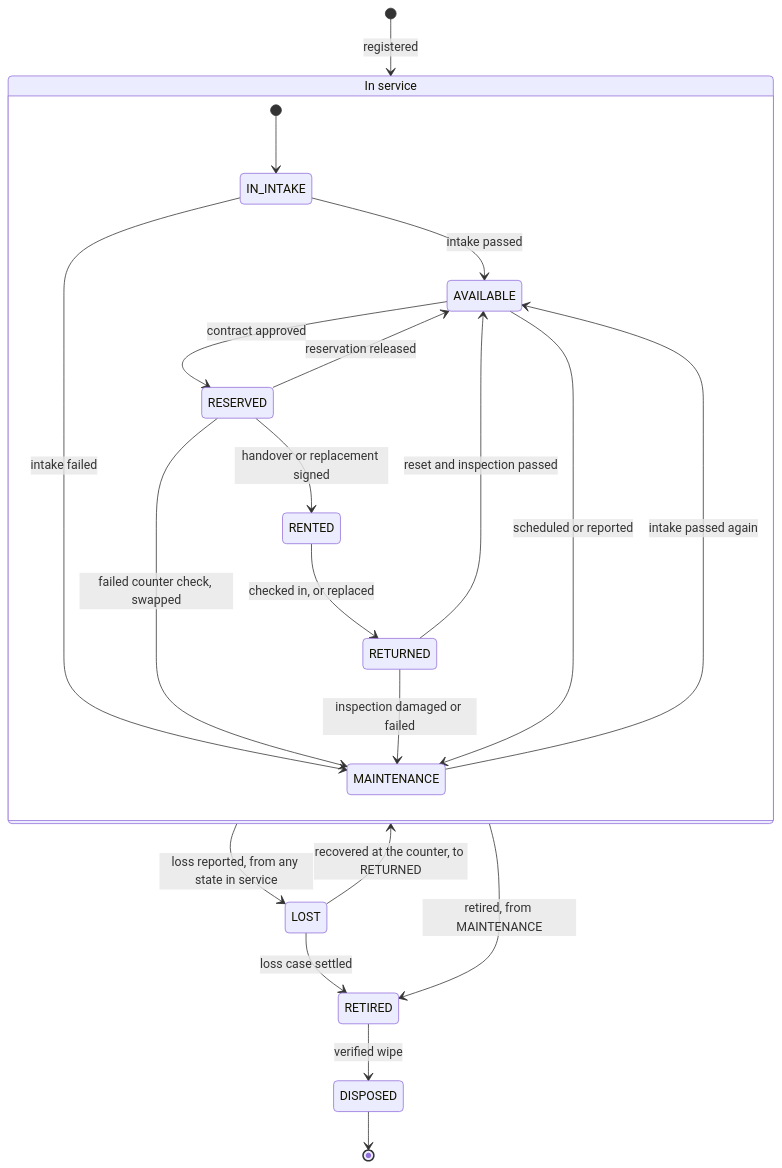
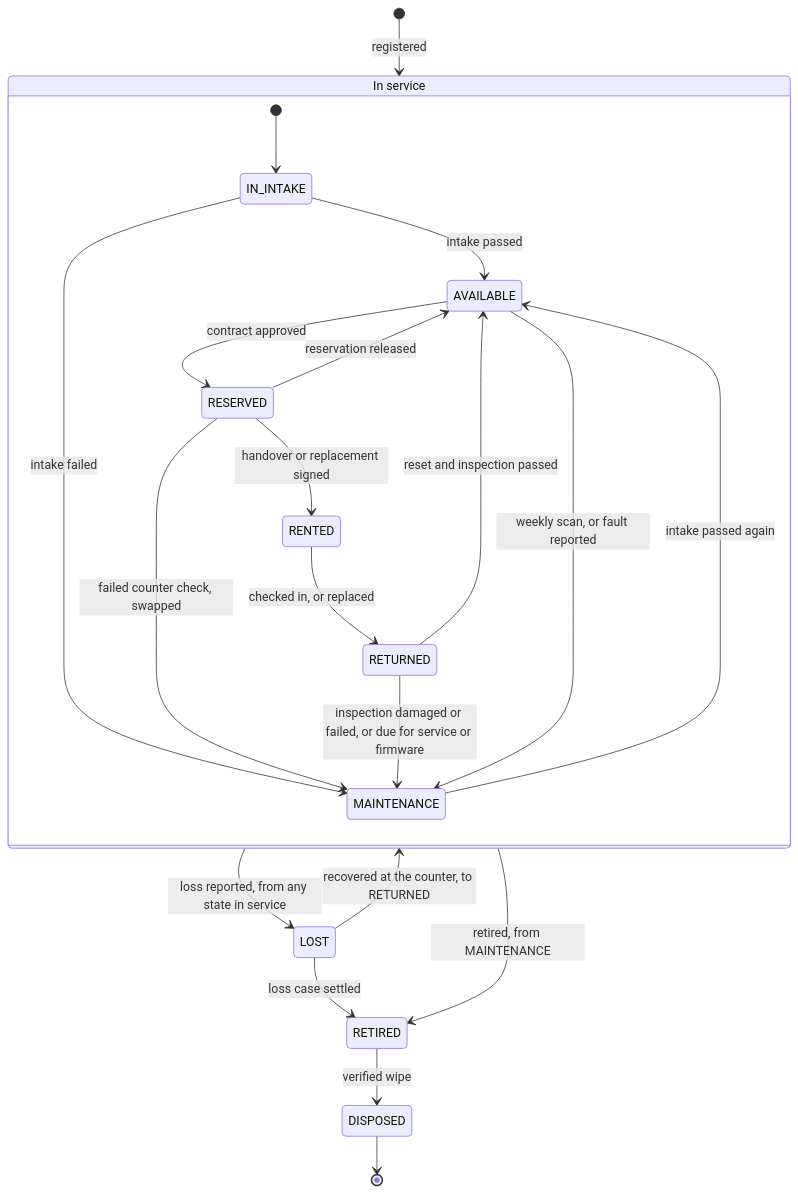
One commit to TrekLink-Team/treklink-web changed the second of 18 diagrams in specs/devices/design.md. Above: the diagram before and after it, drawn with Mermaid. The commit also changed other lines of this file and 39 other files, not shown here.

First line of the commit message:
docs: design periodic maintenance (D-047) and apply the SDD sequence conventions

````diff
--- a/specs/devices/design.md
+++ b/specs/devices/design.md
@@ -41,24 +42,24 @@
 ```mermaid
 stateDiagram-v2
     [*] --> IN_SERVICE : registered
     state "In service" as IN_SERVICE {
         [*] --> IN_INTAKE
         IN_INTAKE --> AVAILABLE : intake passed
         IN_INTAKE --> MAINTENANCE : intake failed
         AVAILABLE --> RESERVED : contract approved
         RESERVED --> AVAILABLE : reservation released
         RESERVED --> MAINTENANCE : failed counter check, swapped
         RESERVED --> RENTED : handover or replacement signed
         RENTED --> RETURNED : checked in, or replaced
         RETURNED --> AVAILABLE : reset and inspection passed
-        RETURNED --> MAINTENANCE : inspection damaged or failed
-        AVAILABLE --> MAINTENANCE : scheduled or reported
+        RETURNED --> MAINTENANCE : inspection damaged or failed, or due for service or firmware
+        AVAILABLE --> MAINTENANCE : weekly scan, or fault reported
         MAINTENANCE --> AVAILABLE : intake passed again
     }
     IN_SERVICE --> LOST : loss reported, from any state in service
     LOST --> IN_SERVICE : recovered at the counter, to RETURNED
     LOST --> RETIRED : loss case settled
     IN_SERVICE --> RETIRED : retired, from MAINTENANCE
     RETIRED --> DISPOSED : verified wipe
     DISPOSED --> [*]
 ```
````
